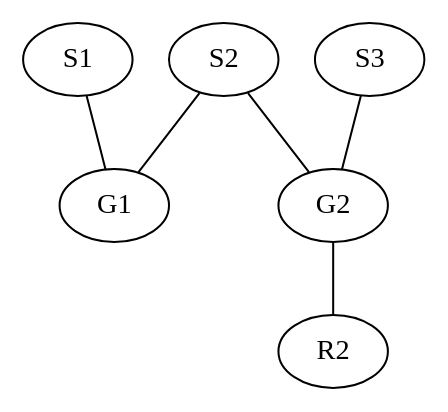
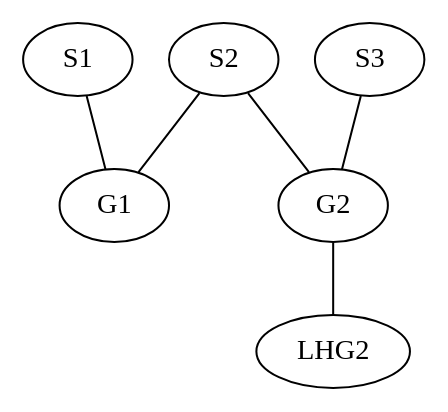
Before and after one commit to water/resources: the diagram in report/fig/labgroup/friendfriend_2.dot, drawn with Graphviz. The commit also changed 21 other files, not shown here.

Commit message:
R --> LHG in labgroup diagrams

```diff
--- a/report/fig/labgroup/friendfriend_2.dot
+++ b/report/fig/labgroup/friendfriend_2.dot
@@ -1,7 +1,7 @@
 graph G {
   S1 -- G1
   S2 -- G1
   S2 -- G2
   S3 -- G2
-  G2 -- R2 
+  G2 -- LHG2 
 }
```
